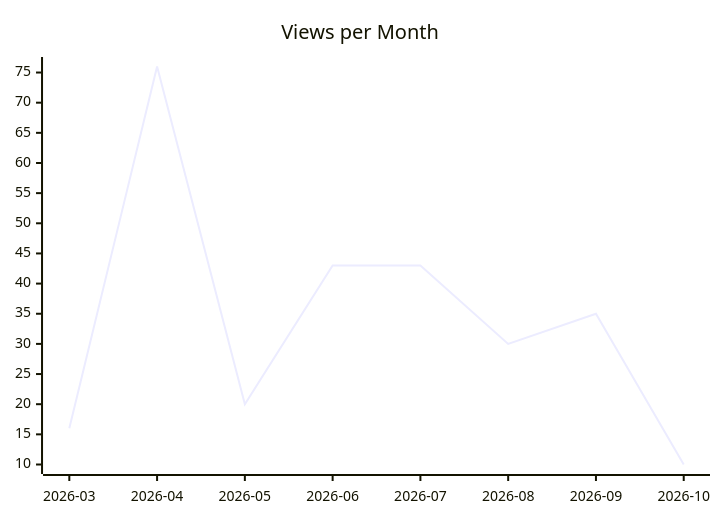
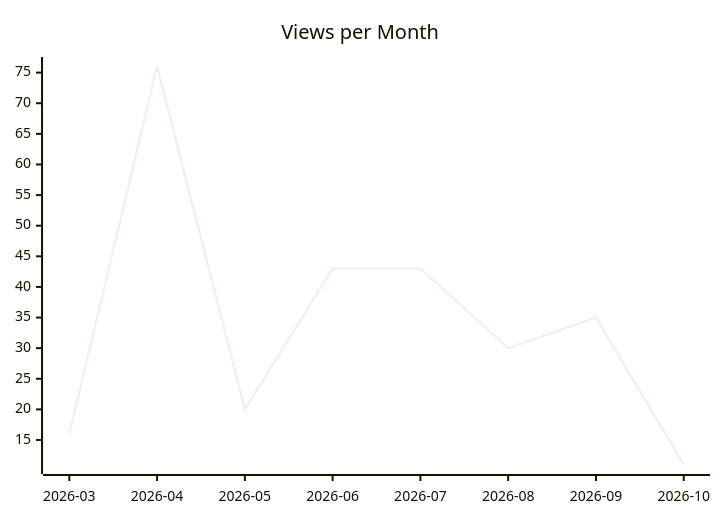
One commit to justdavis-family/github-analytics-data changed the second of 3 diagrams in karlmdavis/ksoap2-android/README.md. Above: the diagram before and after it, drawn with Mermaid. The commit also changed other lines of this file and 198 other files, not shown here.

````diff
--- a/karlmdavis/ksoap2-android/README.md
+++ b/karlmdavis/ksoap2-android/README.md
@@ -12,6 +12,6 @@
 ```mermaid
 xychart-beta
   title "Views per Month"
   x-axis ["2026-03", "2026-04", "2026-05", "2026-06", "2026-07", "2026-08", "2026-09", "2026-10"]
-  line [16, 76, 20, 43, 43, 30, 35, 10]
+  line [16, 76, 20, 43, 43, 30, 35, 11]
 ```
````
